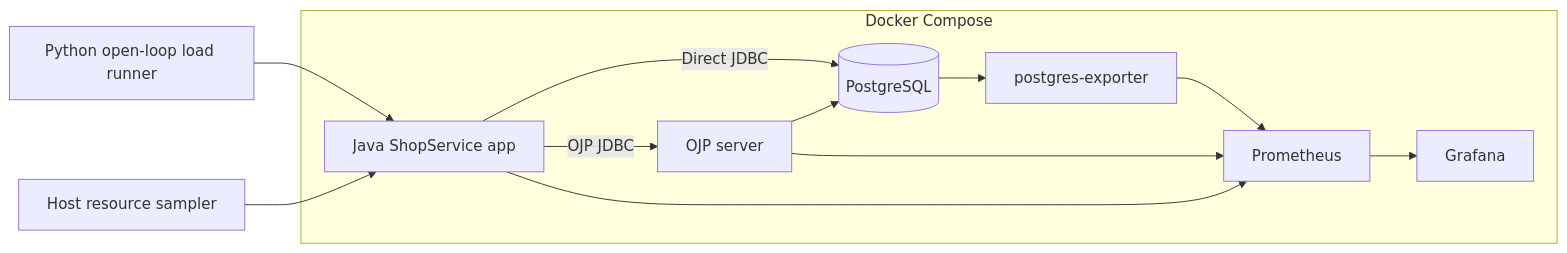
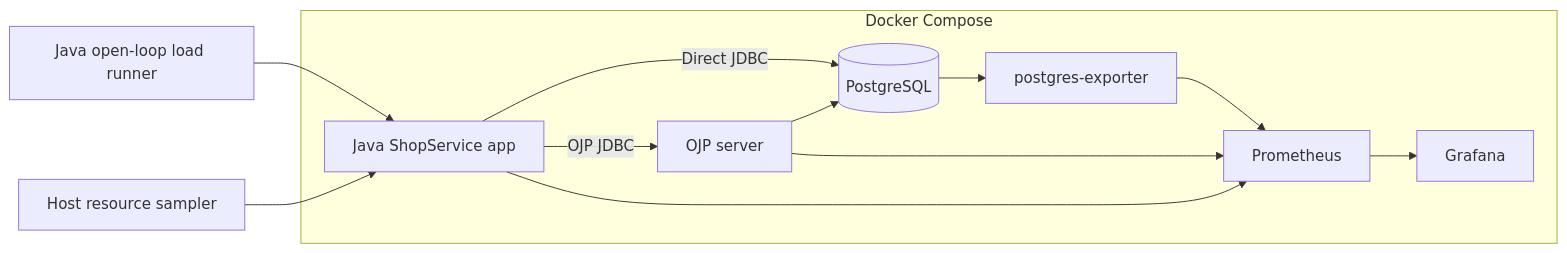
Before and after one commit to Open-J-Proxy/ojp-live-demo: the diagram in README.md, drawn with Mermaid. The commit also changed other lines of this file and 6 other files, not shown here.

````diff
--- a/README.md
+++ b/README.md
@@ -93,21 +93,21 @@
 ```mermaid
 flowchart LR
     subgraph Compose["Docker Compose"]
         App["Java ShopService app"]
         OJP["OJP server"]
         PG[("PostgreSQL")]
         Exporter["postgres-exporter"]
         Prom["Prometheus"]
         Grafana["Grafana"]
     end
-    Load["Python open-loop load runner"] --> App
+    Load["Java open-loop load runner"] --> App
     App -->|"Direct JDBC"| PG
     App -->|"OJP JDBC"| OJP
     OJP --> PG
     PG --> Exporter
     App --> Prom
     OJP --> Prom
     Exporter --> Prom
     Prom --> Grafana
     Sampler["Host resource sampler"] --> App
 ```
````
